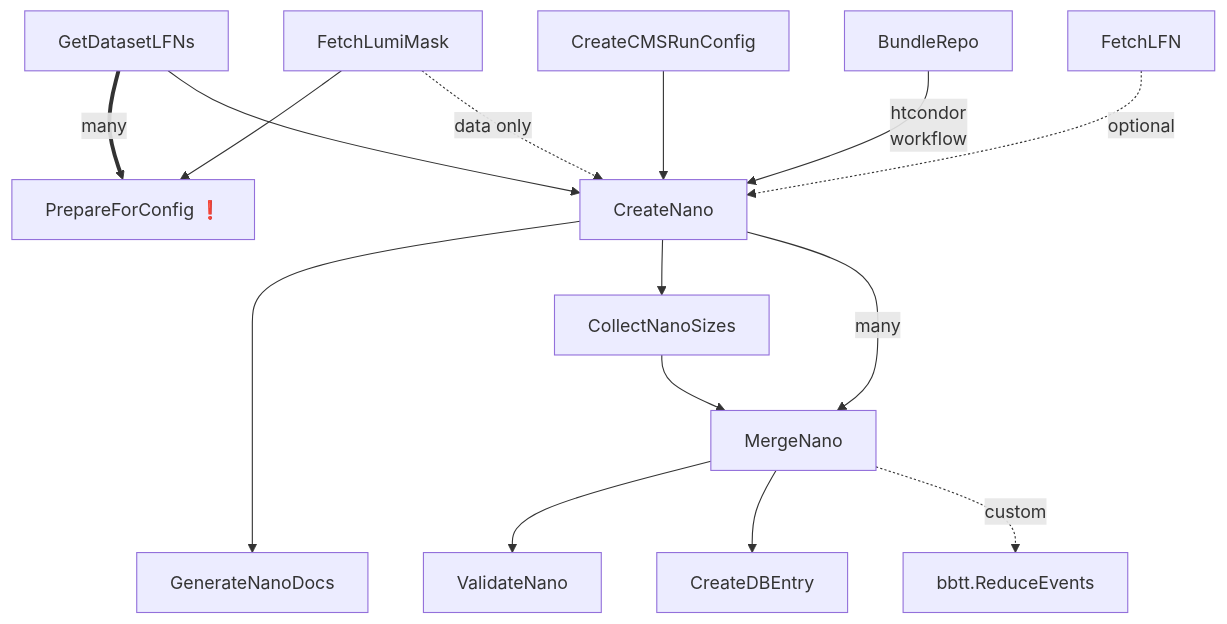
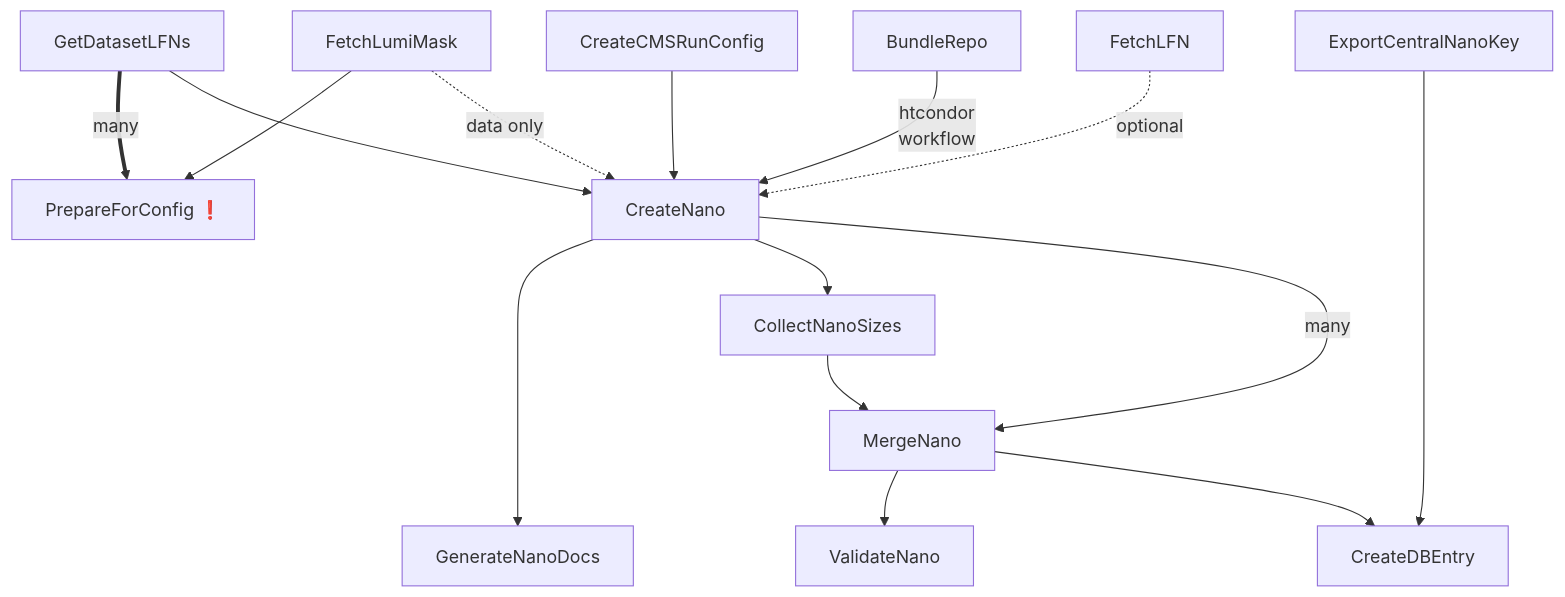
One commit to uhh-cms/nanogen changed the diagram in README.md. Above: the diagram before and after it, drawn with Mermaid.

````diff
--- a/README.md
+++ b/README.md
@@ -18,17 +18,17 @@
 ```mermaid
 flowchart TD
   FetchLumiMask --> PrepareForConfig
   GetDatasetLFNs == many ==> PrepareForConfig["PrepareForConfig ❗️"]
   GetDatasetLFNs --> CreateNano
   CreateCMSRunConfig --> CreateNano
   BundleRepo -- htcondor<br />workflow --> CreateNano
   FetchLFN -. optional .-> CreateNano
   FetchLumiMask -. data only .-> CreateNano
   CreateNano ----> GenerateNanoDocs
   CreateNano --> CollectNanoSizes
   CollectNanoSizes --> MergeNano
   CreateNano -- many --> MergeNano
   MergeNano --> ValidateNano
   MergeNano --> CreateDBEntry
-  MergeNano -. custom .-> bbtt.ReduceEvents
+  ExportCentralNanoKey -----> CreateDBEntry
 ```
````
